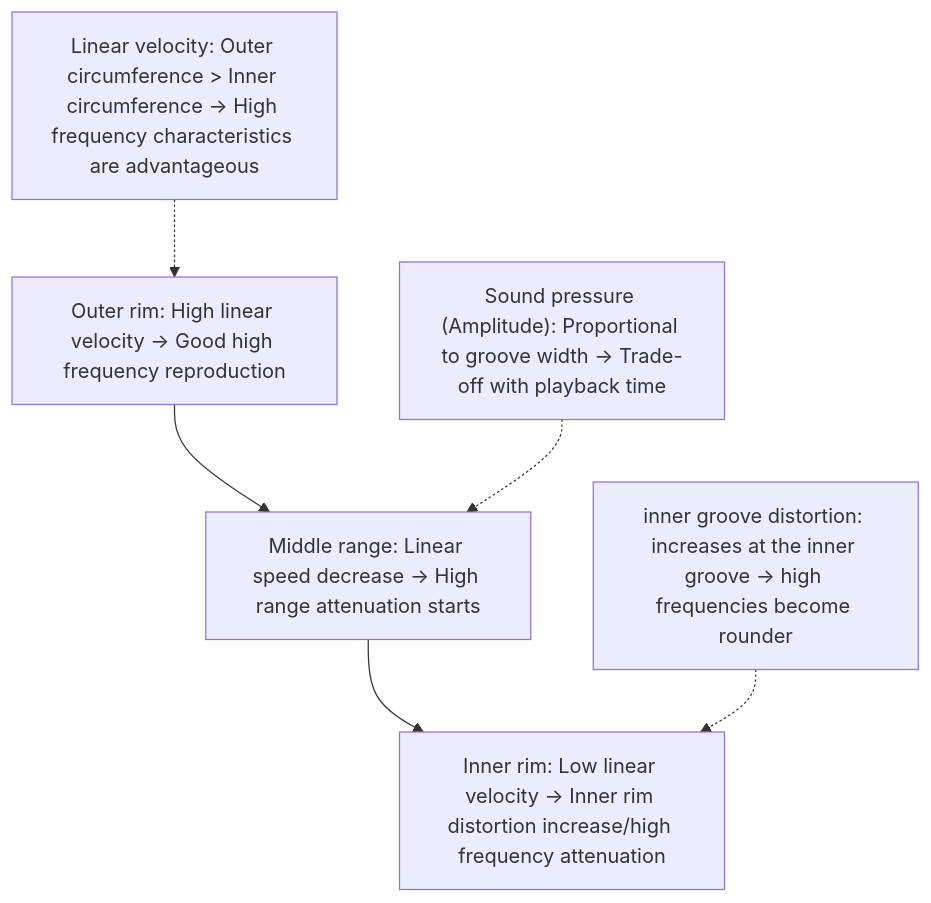
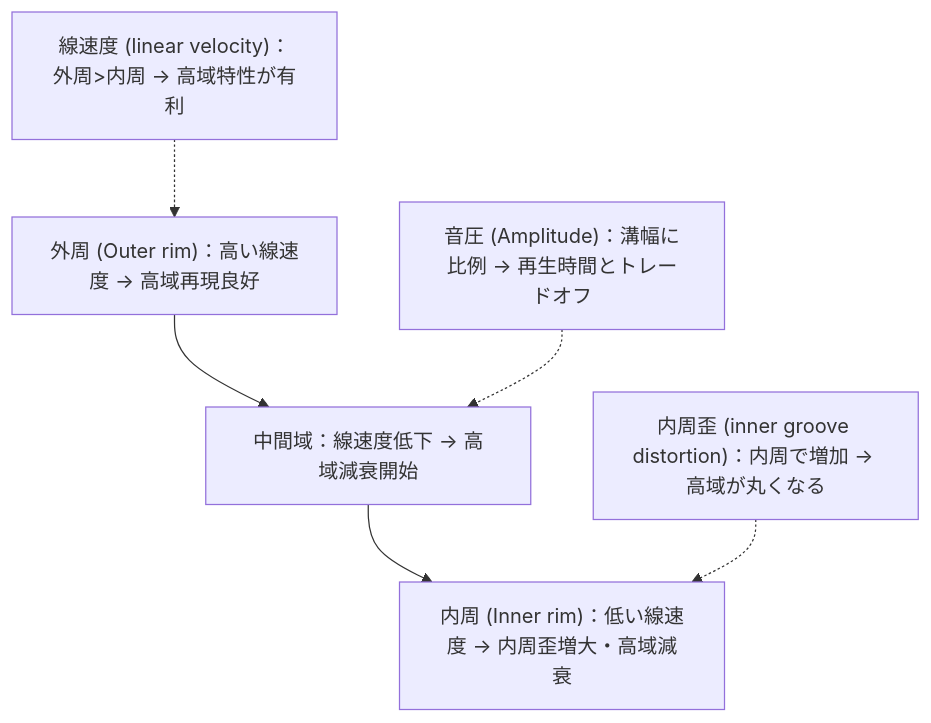
One commit to monumental-movement/monumental-movement.github.io changed the third of 3 diagrams in en/_posts/2025-10-11-Colum-10-Inch-Vinyl-Tech.md. Above: the diagram before and after it, drawn with Mermaid. The commit also changed other lines of this file and 1724 other files, not shown here.

```diff
--- a/en/_posts/2025-10-11-Colum-10-Inch-Vinyl-Tech.md
+++ b/en/_posts/2025-10-11-Colum-10-Inch-Vinyl-Tech.md
@@ -216,19 +214,19 @@
 <div class="mermaid">
 
 flowchart TD
-O["Outer rim: High linear velocity → Good high frequency reproduction"]
-M["Middle range: Linear speed decrease → High range attenuation starts"]
-I["Inner rim: Low linear velocity → Inner rim distortion increase/high frequency attenuation"]
+    O["外周 (Outer rim)：高い線速度 → 高域再現良好"]
+    M["中間域：線速度低下 → 高域減衰開始"]
+    I["内周 (Inner rim)：低い線速度 → 内周歪増大・高域減衰"]
 
-O --> M --> I
+    O --> M --> I
 
-%% Add annotation at node
-A["Linear velocity: Outer circumference > Inner circumference → High frequency characteristics are advantageous"]
-B["inner groove distortion: increases at the inner groove → high frequencies become rounder"]
-C["Sound pressure (Amplitude): Proportional to groove width → Trade-off with playback time"]
+    %% 注釈をノードで追加
+    A["線速度 (linear velocity)：外周>内周 → 高域特性が有利"]
+    B["内周歪 (inner groove distortion)：内周で増加 → 高域が丸くなる"]
+    C["音圧 (Amplitude)：溝幅に比例 → 再生時間とトレードオフ"]
 
-A -.-> O
-B -.->I
-C -.->M
+    A -.-> O
+    B -.-> I
+    C -.-> M
 
 </div>
```
